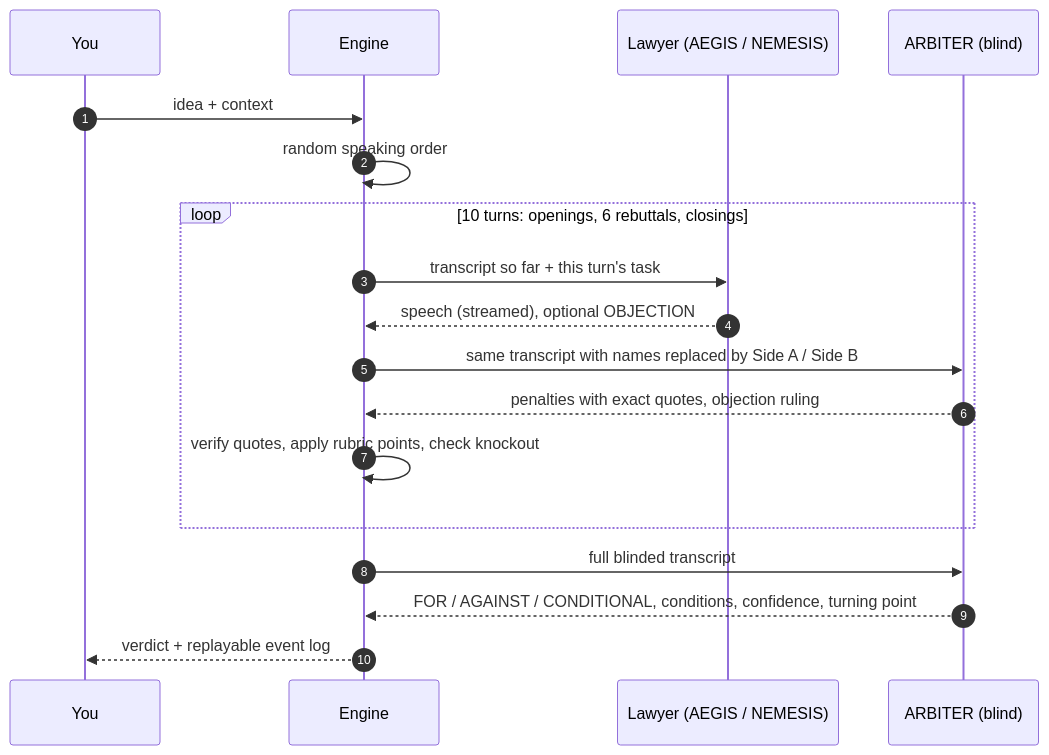
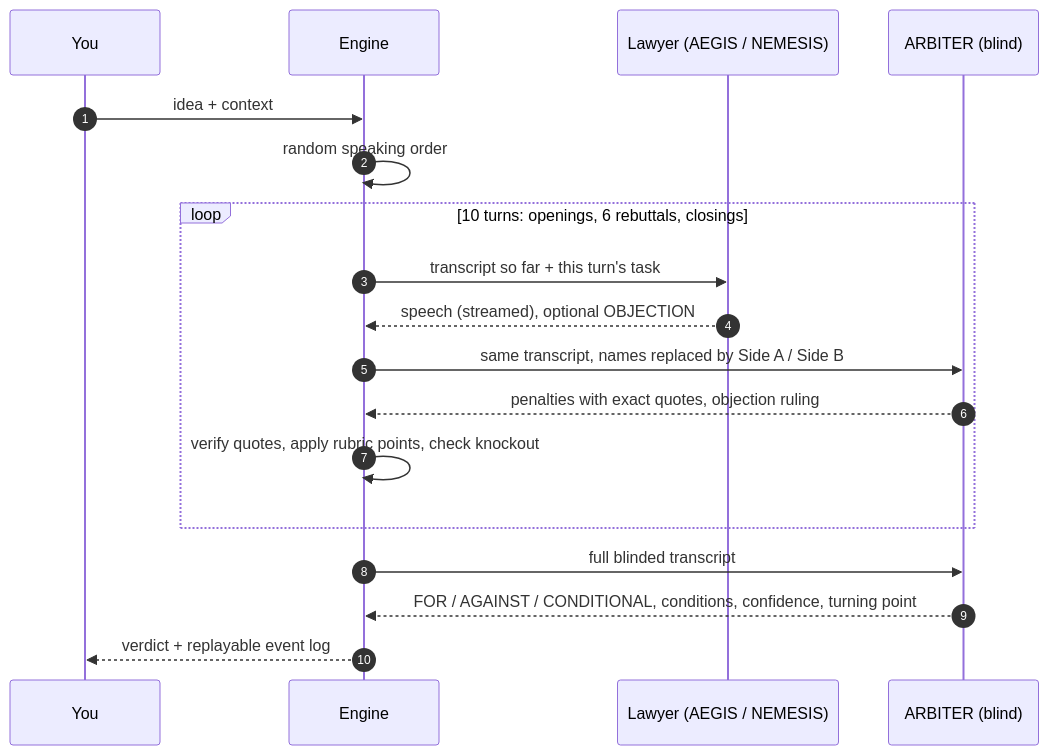
One commit to KRISH-exe-29/ai-courtroom-debate changed the diagram in README.md. Above: the diagram before and after it, drawn with Mermaid. The commit also changed other lines of this file and 7 other files, not shown here.

````diff
--- a/README.md
+++ b/README.md
@@ -127,20 +85,20 @@
 ```mermaid
 sequenceDiagram
     autonumber
     participant You
     participant Engine
     participant L as Lawyer (AEGIS / NEMESIS)
     participant J as ARBITER (blind)
     You->>Engine: idea + context
     Engine->>Engine: random speaking order
     loop 10 turns: openings, 6 rebuttals, closings
         Engine->>L: transcript so far + this turn's task
         L-->>Engine: speech (streamed), optional OBJECTION
-        Engine->>J: same transcript with names replaced by Side A / Side B
+        Engine->>J: same transcript, names replaced by Side A / Side B
         J-->>Engine: penalties with exact quotes, objection ruling
         Engine->>Engine: verify quotes, apply rubric points, check knockout
     end
     Engine->>J: full blinded transcript
     J-->>Engine: FOR / AGAINST / CONDITIONAL, conditions, confidence, turning point
     Engine-->>You: verdict + replayable event log
 ```
````
